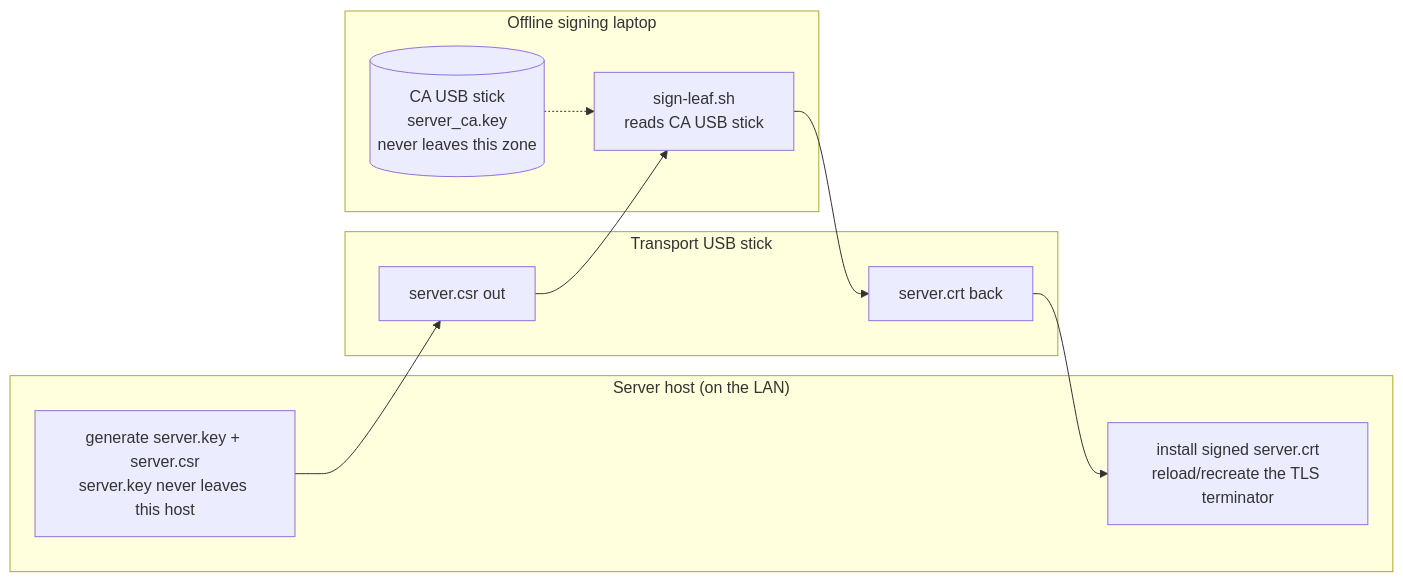
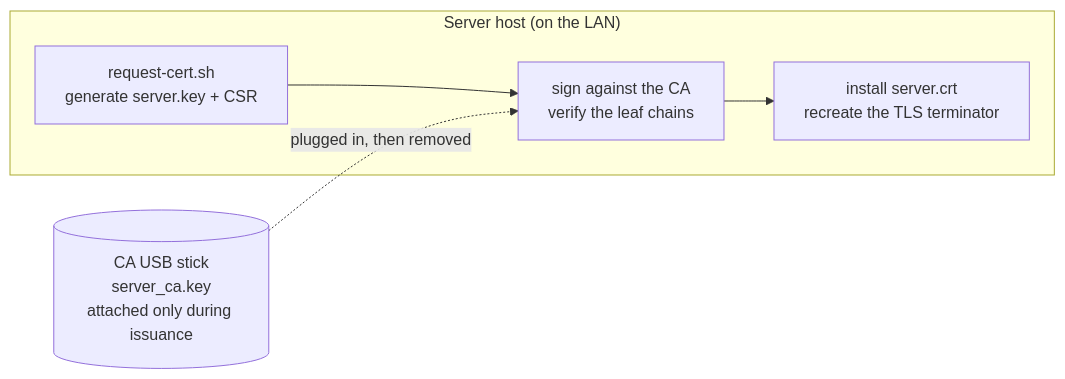
One commit to SAPOT-System/YLP-software changed the first of 2 diagrams in docs/deployment/runbooks.md. Above: the diagram before and after it, drawn with Mermaid. The commit also changed other lines of this file and 11 other files, not shown here.

Commit message:
feat(deploy-bundle): issue server certificates from an offline CA on an attached USB

````diff
--- a/docs/deployment/runbooks.md
+++ b/docs/deployment/runbooks.md
@@ -116,21 +124,13 @@
 ```mermaid
 flowchart LR
     subgraph server["Server host (on the LAN)"]
-        REQ["generate server.key + server.csr<br/>server.key never leaves this host"]
-        INST["install signed server.crt<br/>reload/recreate the TLS terminator"]
+        REQ["request-cert.sh<br/>generate server.key + CSR"]
+        SIGN["sign against the CA<br/>verify the leaf chains"]
+        INST["install server.crt<br/>recreate the TLS terminator"]
     end
 
-    subgraph transport["Transport USB stick"]
-        T1["server.csr out"]
-        T2["server.crt back"]
-    end
+    CA[("CA USB stick<br/>server_ca.key<br/>attached only during issuance")]
 
-    subgraph laptop["Offline signing laptop"]
-        SIGN["sign-leaf.sh<br/>reads CA USB stick"]
-        CA[("CA USB stick<br/>server_ca.key<br/>never leaves this zone")]
-    end
-
-    REQ --> T1 --> SIGN
-    CA -.-> SIGN
-    SIGN --> T2 --> INST
+    REQ --> SIGN --> INST
+    CA -. "plugged in, then removed" .-> SIGN
 ```
````
